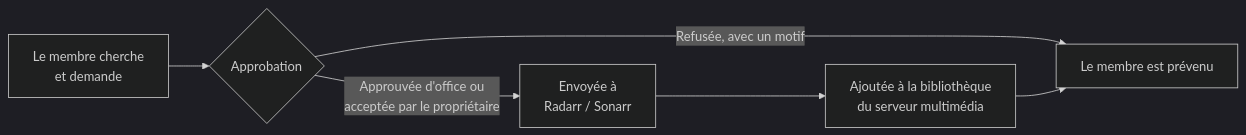
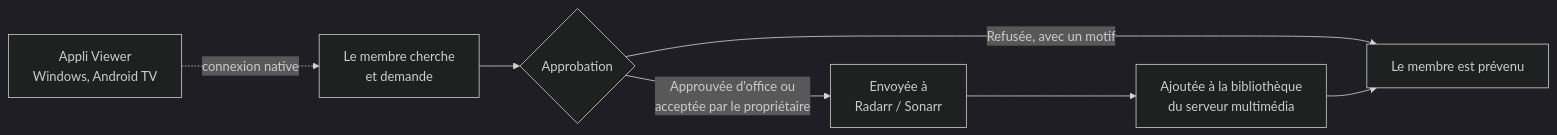
Before and after one commit to QuentinPN/request: the diagram in README.fr.md, drawn with Mermaid (dark theme). The commit also changed other lines of this file and 1 other file, not shown here.

Commit message:
docs: intégration Viewer ↔ Request

````diff
--- a/README.fr.md
+++ b/README.fr.md
@@ -42,8 +44,9 @@
 ```mermaid
 flowchart LR
     A[Le membre cherche<br/>et demande] --> B{Approbation}
     B -->|Approuvée d'office ou<br/>acceptée par le propriétaire| C[Envoyée à<br/>Radarr / Sonarr]
     B -->|Refusée, avec un motif| E
     C --> D[Ajoutée à la bibliothèque<br/>du serveur multimédia]
     D --> E[Le membre est prévenu]
+    V[Appli Viewer<br/>Windows, Android TV] -.->|connexion native| A
 ```
````
